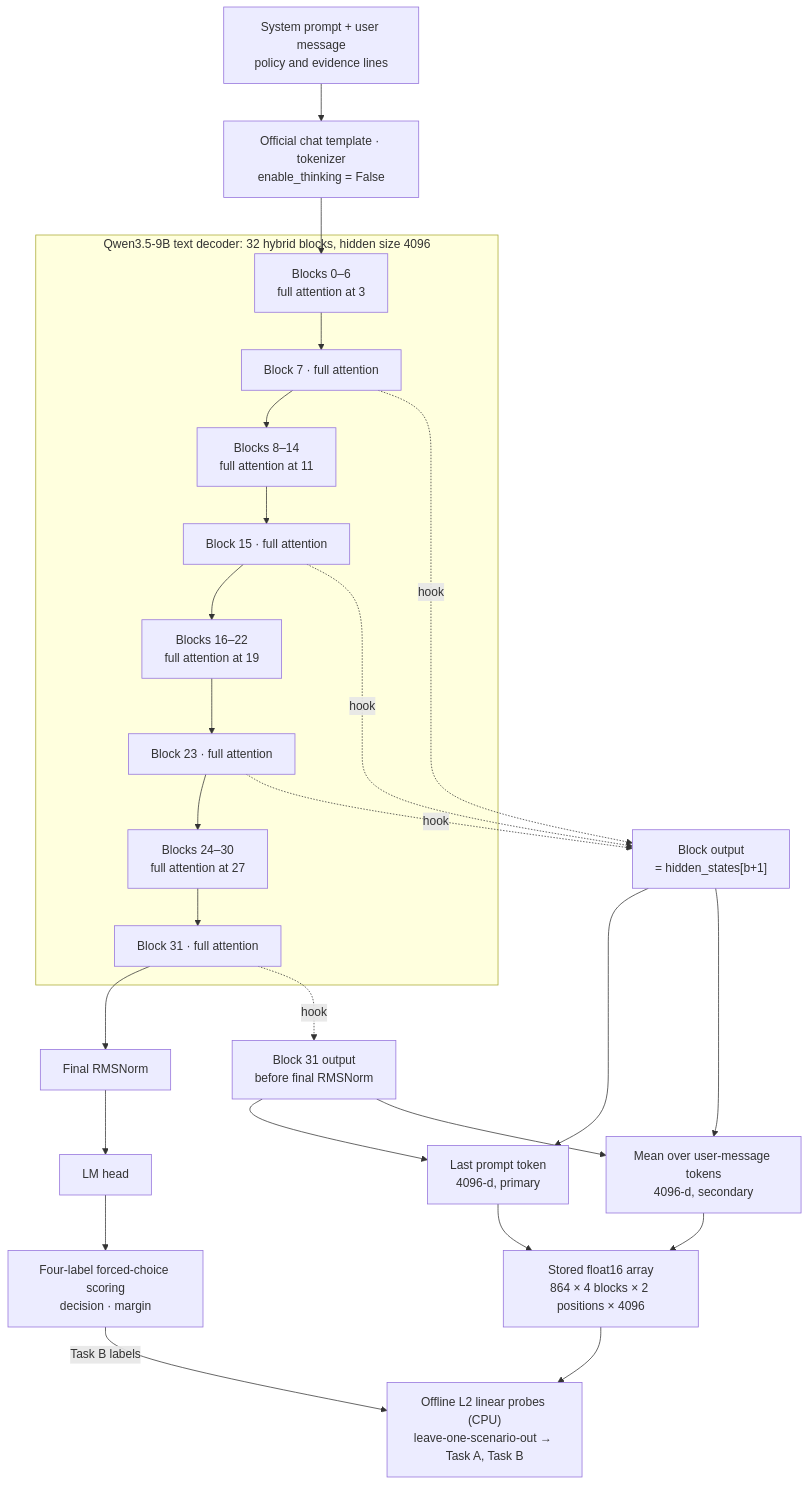
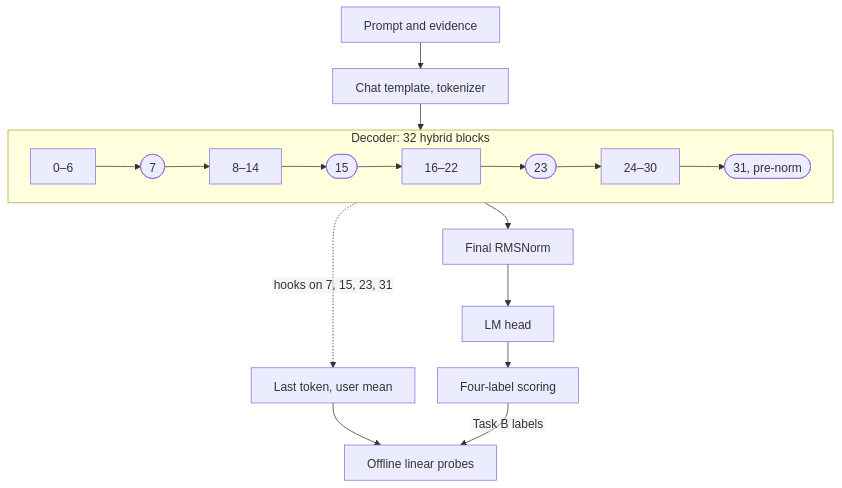
One commit to pm2m1/authorization-guard-interpretability changed the diagram in METHODS.md. Above: the diagram before and after it, drawn with Mermaid. The commit also changed other lines of this file and 3 other files, not shown here.

First line of the commit message:
Fix Mermaid label clipping: short single-line labels, HTML labels disabled, simplified edges

````diff
--- a/METHODS.md
+++ b/METHODS.md
@@ -31,28 +31,16 @@
 ```mermaid
+%%{init: {"htmlLabels": false, "flowchart": {"htmlLabels": false, "rankSpacing": 35, "nodeSpacing": 30}}}%%
 flowchart TD
-    Input["System prompt + user message<br/>policy and evidence lines"] --> Template["Official chat template · tokenizer<br/>enable_thinking = False"]
-    Template --> G0
-
-    subgraph Decoder["Qwen3.5-9B text decoder: 32 hybrid blocks, hidden size 4096"]
-        G0["Blocks 0–6<br/>full attention at 3"] --> B7["Block 7 · full attention"]
-        B7 --> G1["Blocks 8–14<br/>full attention at 11"] --> B15["Block 15 · full attention"]
-        B15 --> G2["Blocks 16–22<br/>full attention at 19"] --> B23["Block 23 · full attention"]
-        B23 --> G3["Blocks 24–30<br/>full attention at 27"] --> B31["Block 31 · full attention"]
+    In["Prompt and evidence"] --> Tok["Chat template, tokenizer"]
+    Tok --> Dec
+    subgraph Dec["Decoder: 32 hybrid blocks"]
+        direction LR
+        G0["0–6"] --> B7(["7"]) --> G1["8–14"] --> B15(["15"]) --> G2["16–22"] --> B23(["23"]) --> G3["24–30"] --> B31(["31, pre-norm"])
     end
-
-    B31 --> Norm["Final RMSNorm"] --> Head["LM head"] --> Score["Four-label forced-choice scoring<br/>decision · margin"]
-
-    B7 -.->|hook| H1["Block output<br/>= hidden_states[b+1]"]
-    B15 -.->|hook| H1
-    B23 -.->|hook| H1
-    B31 -.->|hook| H2["Block 31 output<br/>before final RMSNorm"]
-
-    H1 --> Last["Last prompt token<br/>4096-d, primary"]
-    H1 --> Mean["Mean over user-message tokens<br/>4096-d, secondary"]
-    H2 --> Last
-    H2 --> Mean
-    Last --> Store["Stored float16 array<br/>864 × 4 blocks × 2 positions × 4096"]
-    Mean --> Store
-    Store --> Probes["Offline L2 linear probes (CPU)<br/>leave-one-scenario-out → Task A, Task B"]
-    Score -->|Task B labels| Probes
+    Dec --> Norm["Final RMSNorm"]
+    Norm --> Head["LM head"]
+    Head --> Score["Four-label scoring"]
+    Dec -. "hooks on 7, 15, 23, 31" .-> Reps["Last token, user mean"]
+    Reps --> Probes["Offline linear probes"]
+    Score -- Task B labels --> Probes
 ```
````
